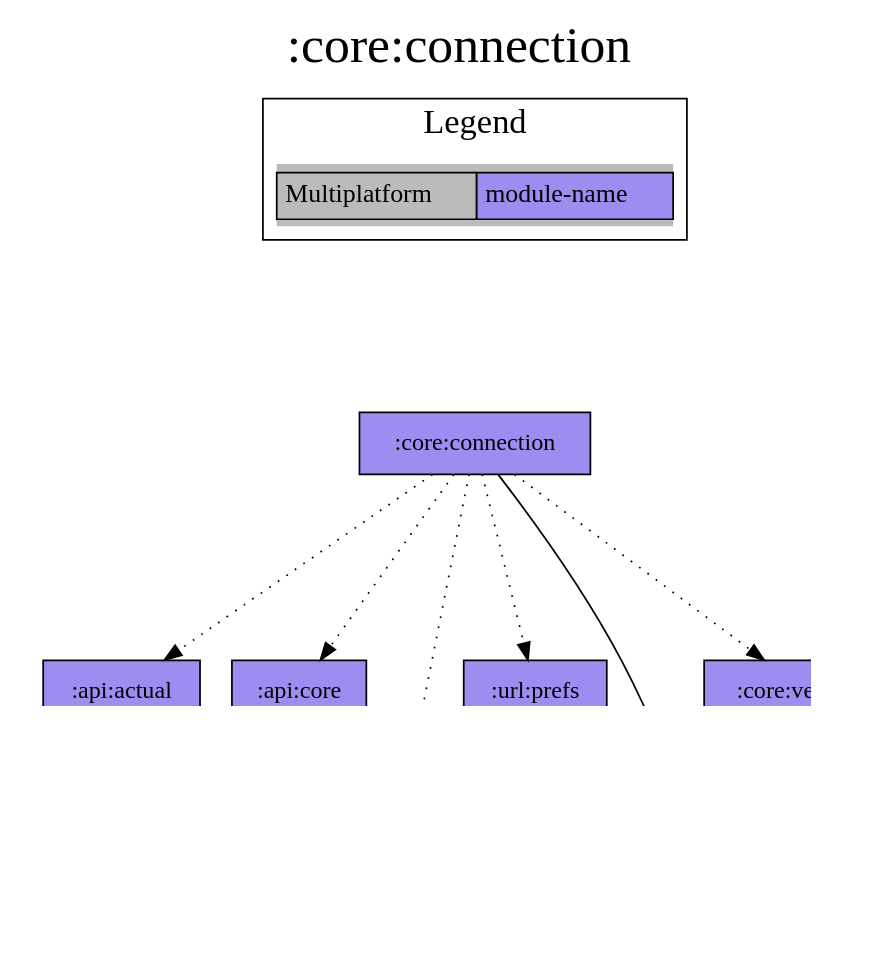
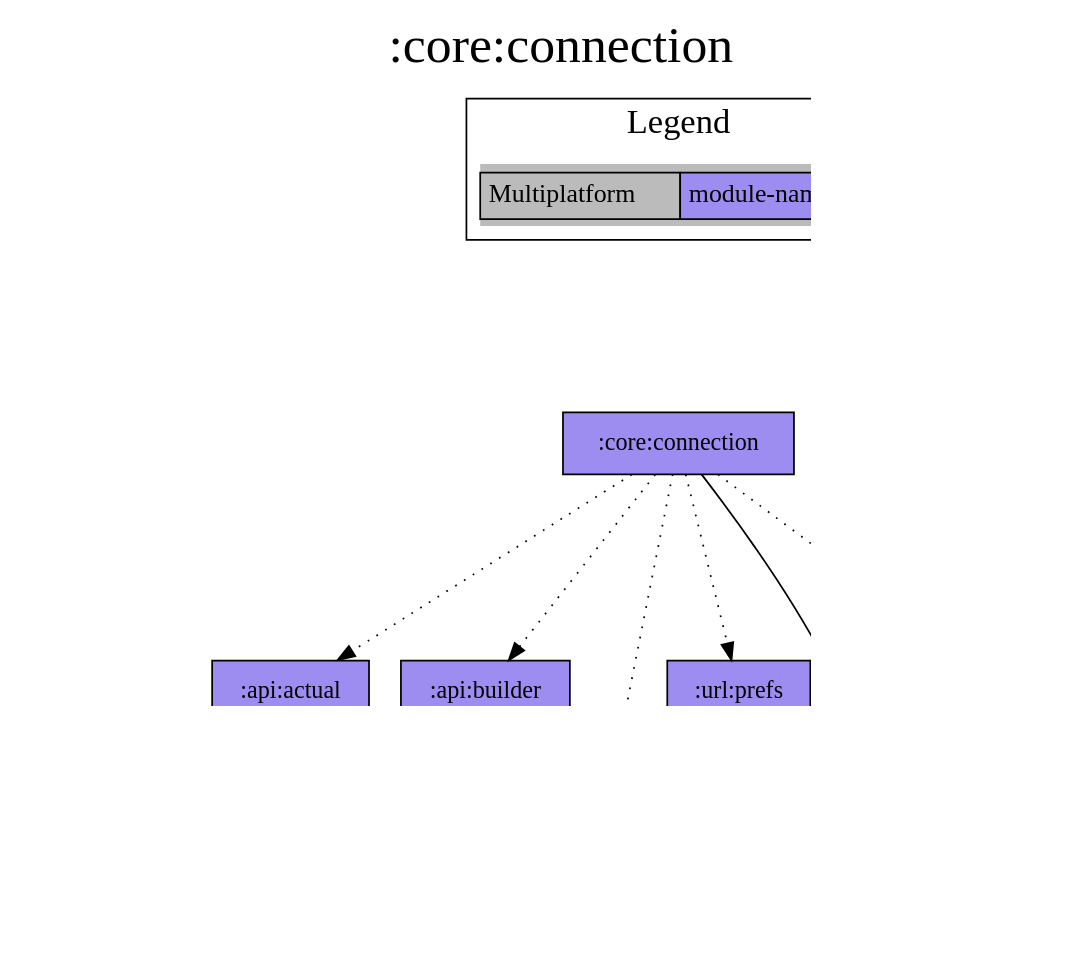
One commit to jonapoul/aktual changed the diagram in modules/core/connection/project-dependency-graph.dot. Above: the diagram before and after it, drawn with Graphviz. The commit also changed 87 other files, not shown here.

```diff
--- a/modules/core/connection/project-dependency-graph.dot
+++ b/modules/core/connection/project-dependency-graph.dot
@@ -1,37 +1,39 @@
 digraph {
 edge ["dir"="forward"]
 graph ["dpi"="100","label"=":core:connection","labelloc"="t","fontsize"="30","ranksep"="1.5","rankdir"="TB"]
 node ["style"="filled"]
 ":account:model" ["fillcolor"="#9D8DF1","shape"="box"]
 ":api:actual" ["fillcolor"="#9D8DF1","shape"="box"]
+":api:builder" ["fillcolor"="#9D8DF1","shape"="box"]
 ":api:core" ["fillcolor"="#9D8DF1","shape"="box"]
 ":core:buildconfig" ["fillcolor"="#9D8DF1","shape"="box"]
 ":core:connection" ["fillcolor"="#9D8DF1","shape"="box"]
 ":core:versions" ["fillcolor"="#9D8DF1","shape"="box"]
 ":url:model" ["fillcolor"="#9D8DF1","shape"="box"]
 ":url:prefs" ["fillcolor"="#9D8DF1","shape"="box"]
 {
 edge ["dir"="none"]
 graph ["rank"="same"]
 }
 ":api:actual" -> ":account:model"
+":api:actual" -> ":api:core"
 ":api:actual" -> ":url:model"
-":api:core" -> ":url:model"
+":api:builder" -> ":url:model"
 ":core:connection" -> ":api:actual" ["style"="dotted"]
-":core:connection" -> ":api:core" ["style"="dotted"]
+":core:connection" -> ":api:builder" ["style"="dotted"]
 ":core:connection" -> ":core:buildconfig"
 ":core:connection" -> ":core:versions" ["style"="dotted"]
 ":core:connection" -> ":url:model" ["style"="dotted"]
 ":core:connection" -> ":url:prefs" ["style"="dotted"]
 ":core:versions" -> ":core:buildconfig"
 ":url:prefs" -> ":url:model"
 subgraph "cluster_legend" {
 edge ["dir"="none"]
 graph ["label"="Legend","fontsize"="20"]
 "Legend" ["style"="filled","fillcolor"="#bbbbbb","shape"="none","margin"="0","fontsize"="15","label"=<
 <TABLE BORDER="0" CELLBORDER="1" CELLSPACING="0" CELLPADDING="4">
 <TR><TD>Multiplatform</TD><TD BGCOLOR="#9D8DF1">module-name</TD></TR>
 </TABLE>
 >]
 } -> ":core:connection" ["style"="invis"]
 }
```
